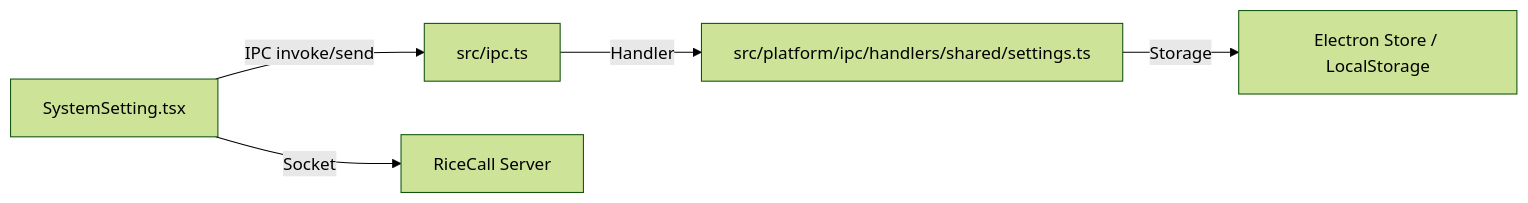
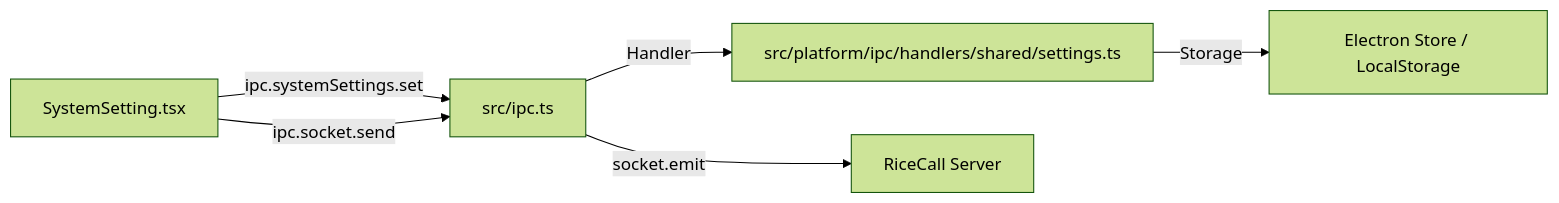
One commit to NerdyHomeReOpen/RiceCall changed the diagram in docs/architecture/02-subsystems/settings-system.md. Above: the diagram before and after it, drawn with Mermaid (forest theme). The commit also changed 2 other files, not shown here.

Commit message:
docs: update document

````diff
--- a/docs/architecture/02-subsystems/settings-system.md
+++ b/docs/architecture/02-subsystems/settings-system.md
@@ -15,7 +15,9 @@
 ```mermaid
 graph LR
-    UI[SystemSetting.tsx] -- IPC invoke/send --> Facade[src/ipc.ts]
+    UI[SystemSetting.tsx] -- "ipc.systemSettings.set" --> Facade[src/ipc.ts]
     Facade -- Handler --> Logic[src/platform/ipc/handlers/shared/settings.ts]
     Logic -- Storage --> LocalStore[Electron Store / LocalStorage]
-    UI -- Socket --> Server[RiceCall Server]
+    
+    UI -- "ipc.socket.send" --> Facade
+    Facade -- "socket.emit" --> Server[RiceCall Server]
 ```
````
